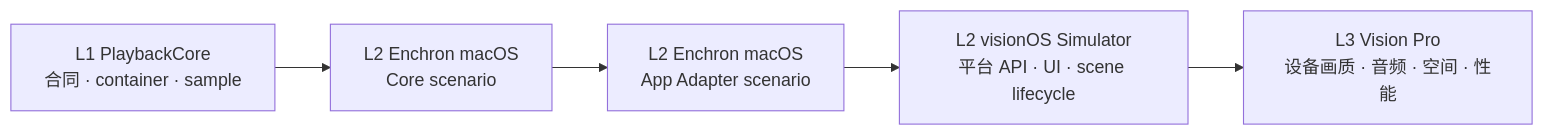
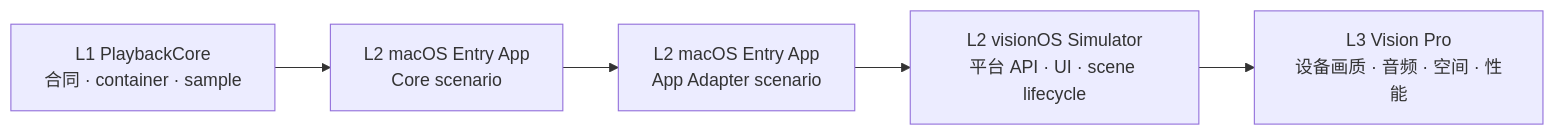
One commit to 1873663116/Enchron changed the diagram in docs/acceptance/verification-system.md. Above: the diagram before and after it, drawn with Mermaid. The commit also changed other lines of this file and 58 other files, not shown here.

Commit message:
refactor: integrate PlaybackCore into Enchron

````diff
--- a/docs/acceptance/verification-system.md
+++ b/docs/acceptance/verification-system.md
@@ -7,7 +7,7 @@
 ```mermaid
 flowchart LR
-    L1["L1 PlaybackCore\n合同 · container · sample"] --> M1["L2 Enchron macOS\nCore scenario"]
-    M1 --> M2["L2 Enchron macOS\nApp Adapter scenario"]
+    L1["L1 PlaybackCore\n合同 · container · sample"] --> M1["L2 macOS Entry App\nCore scenario"]
+    M1 --> M2["L2 macOS Entry App\nApp Adapter scenario"]
     M2 --> Sim["L2 visionOS Simulator\n平台 API · UI · scene lifecycle"]
     Sim --> L3["L3 Vision Pro\n设备画质 · 音频 · 空间 · 性能"]
 ```
````
